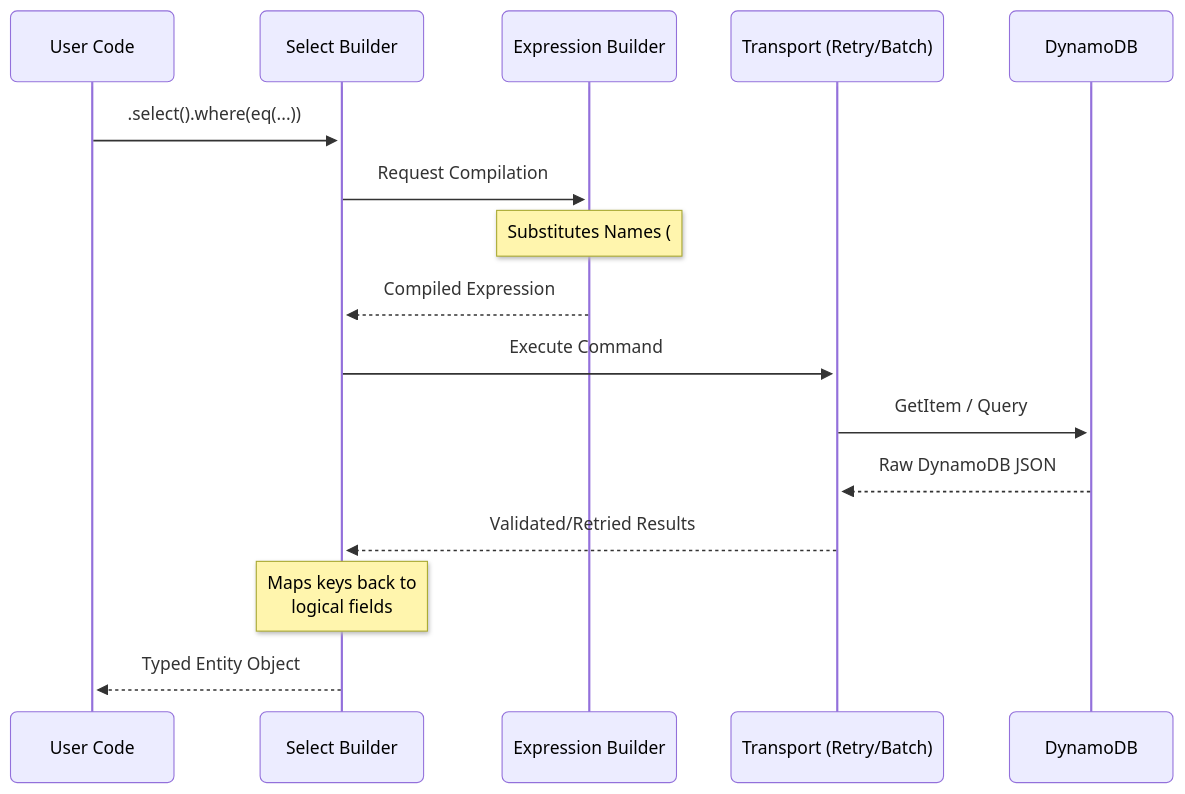
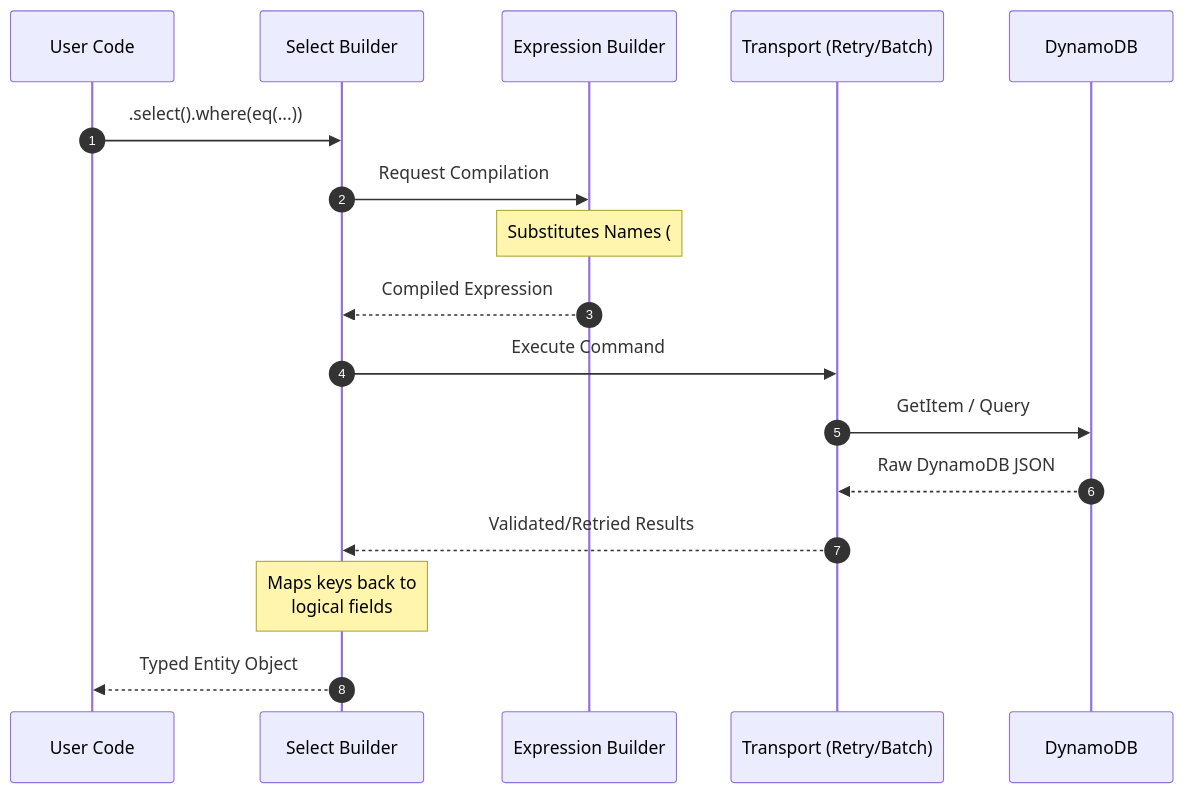
Before and after one commit to realfakenerd/mizzle: the second of 2 diagrams in docs/src/content/docs/introduction/architecture.md, drawn with Mermaid. The commit also changed 1 other file, not shown here.

Commit message:
Refactor schema examples to use trailing semicolons

````diff
--- a/docs/src/content/docs/introduction/architecture.md
+++ b/docs/src/content/docs/introduction/architecture.md
@@ -71,23 +71,20 @@
 ```mermaid
----
-config:
-  look: neo
----
 sequenceDiagram
+    autonumber
     participant U as User Code
     participant B as Select Builder
     participant E as Expression Builder
     participant T as Transport (Retry/Batch)
     participant D as DynamoDB
 
     U->>B: .select().where(eq(...))
     B->>E: Request Compilation
     Note over E: Substitutes Names (#n) <br/> and Values (:v)
     E-->>B: Compiled Expression
     B->>T: Execute Command
     T->>D: GetItem / Query
     D-->>T: Raw DynamoDB JSON
     T-->>B: Validated/Retried Results
     Note over B: Maps keys back to <br/> logical fields
     B-->>U: Typed Entity Object
 ```
````
